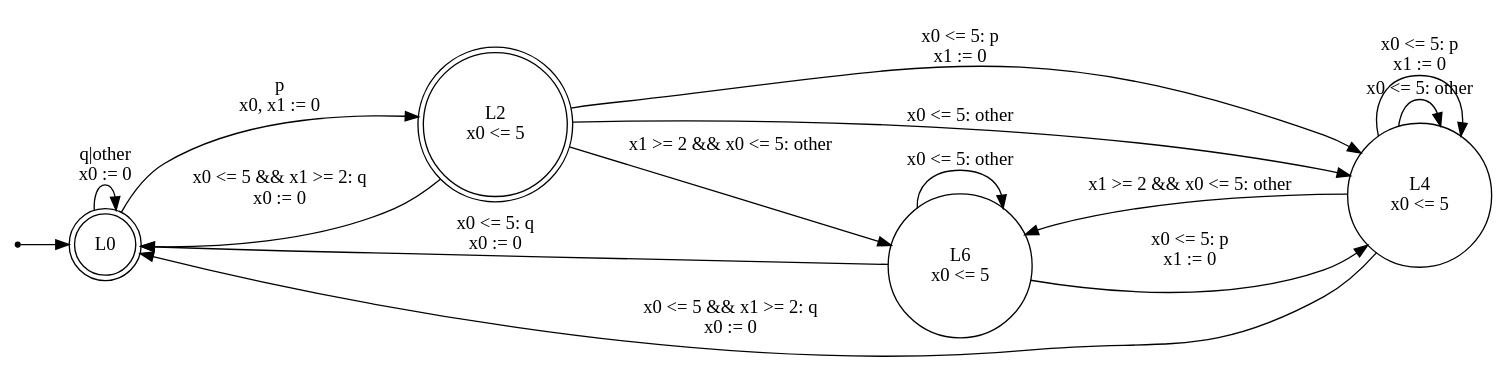
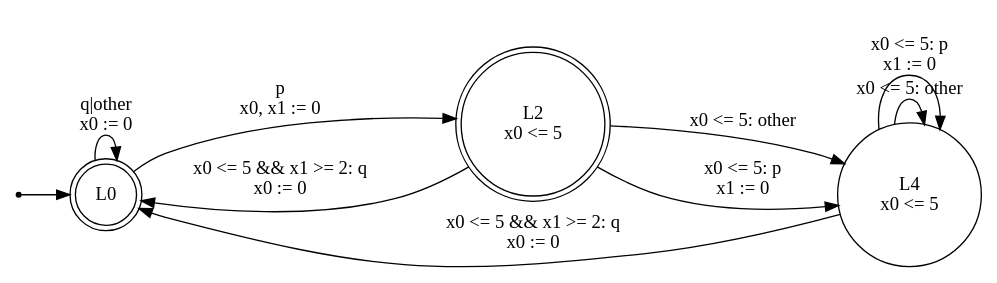
One commit to efares1/rocq-tba-optimization-uppaal-export changed the diagram in evaluation/out/F12.dot. Above: the diagram before and after it, drawn with Graphviz. The commit also changed 148 other files, not shown here.

```diff
--- a/evaluation/out/F12.dot
+++ b/evaluation/out/F12.dot
@@ -1,23 +1,17 @@
 digraph TA {
   rankdir=LR;
   node [shape=circle];
   init [shape=point];
   init -> L0;
   L0 [shape=doublecircle, label="L0"];
   L2 [shape=doublecircle, label="L2\nx0 <= 5"];
   L4 [shape=circle, label="L4\nx0 <= 5"];
-  L6 [shape=circle, label="L6\nx0 <= 5"];
   L0 -> L0 [label="q|other\nx0 := 0"];
   L0 -> L2 [label="p\nx0, x1 := 0"];
   L2 -> L0 [label="x0 <= 5 && x1 >= 2: q\nx0 := 0"];
   L2 -> L4 [label="x0 <= 5: other"];
   L2 -> L4 [label="x0 <= 5: p\nx1 := 0"];
-  L2 -> L6 [label="x1 >= 2 && x0 <= 5: other"];
   L4 -> L0 [label="x0 <= 5 && x1 >= 2: q\nx0 := 0"];
   L4 -> L4 [label="x0 <= 5: other"];
   L4 -> L4 [label="x0 <= 5: p\nx1 := 0"];
-  L4 -> L6 [label="x1 >= 2 && x0 <= 5: other"];
-  L6 -> L0 [label="x0 <= 5: q\nx0 := 0"];
-  L6 -> L4 [label="x0 <= 5: p\nx1 := 0"];
-  L6 -> L6 [label="x0 <= 5: other"];
 }
```
